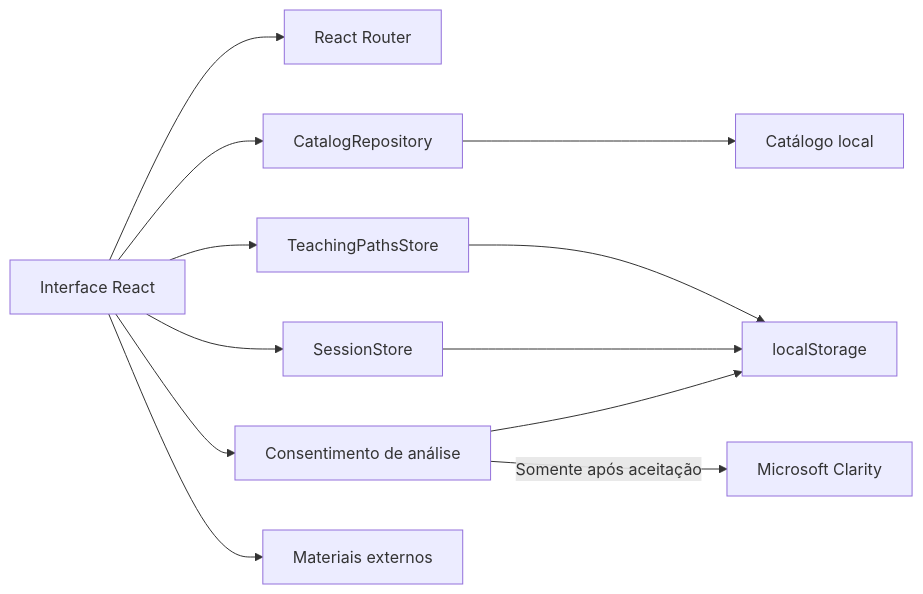
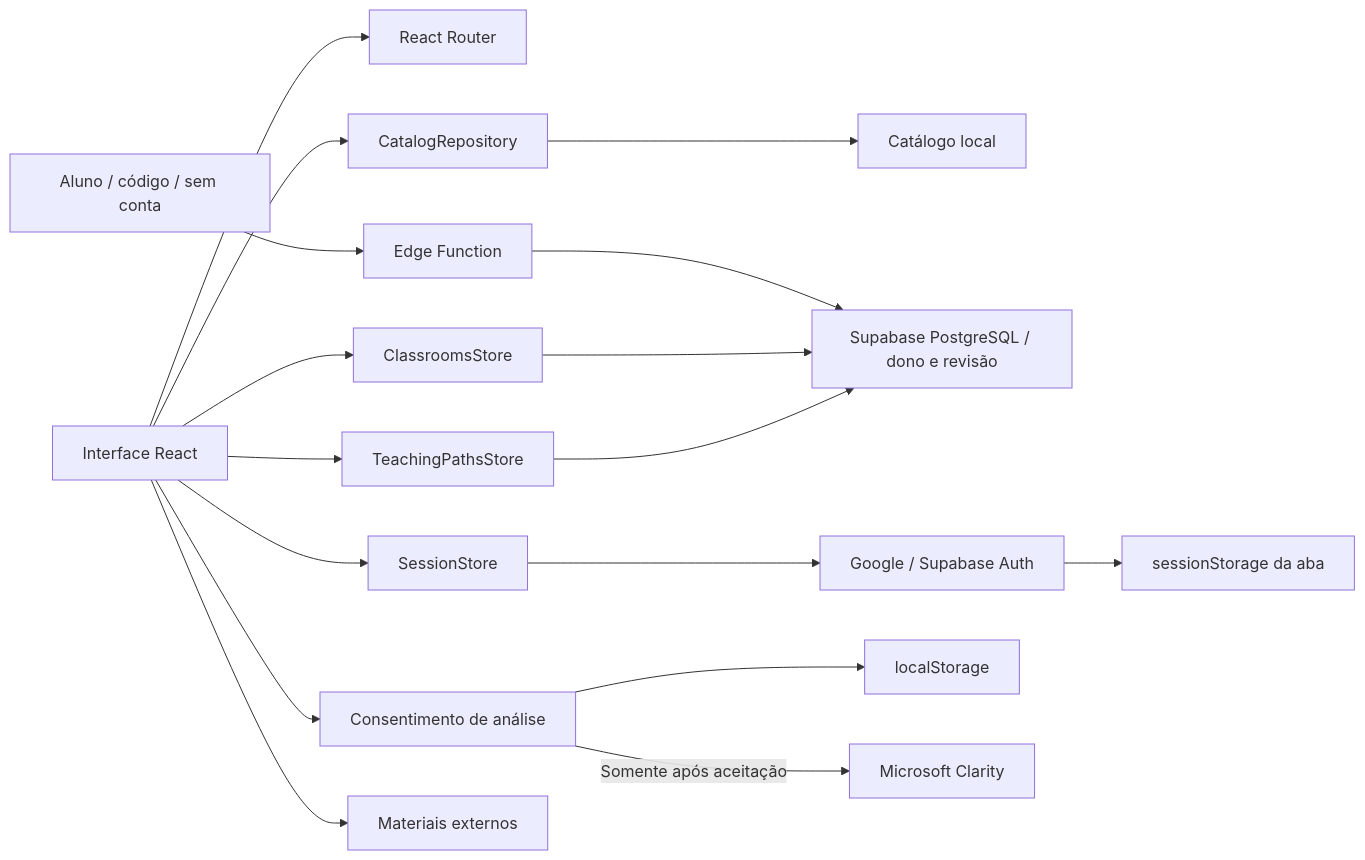
The first of 2 diagrams in docs/arquitetura.md (AKL77/explora-computacao), drawn with Mermaid before and after one commit. The commit also changed other lines of this file and 74 other files, not shown here.

````diff
--- a/docs/arquitetura.md
+++ b/docs/arquitetura.md
@@ -9,14 +10,19 @@
 ```mermaid
 flowchart LR
   UI["Interface React"] --> ROUTER["React Router"]
   UI --> CATALOG["CatalogRepository"]
   CATALOG --> FIXTURE["Catálogo local"]
   UI --> PATHS["TeachingPathsStore"]
   UI --> SESSION["SessionStore"]
-  PATHS --> LS["localStorage"]
-  SESSION --> LS
+  UI --> CLASSES["ClassroomsStore"]
+  PATHS --> DB["Supabase PostgreSQL / dono e revisão"]
+  SESSION --> AUTH["Google / Supabase Auth"]
+  AUTH --> SS["sessionStorage da aba"]
+  CLASSES --> DB
+  STUDENT["Aluno / código / sem conta"] --> EDGE["Edge Function"]
+  EDGE --> DB
   UI --> CONSENT["Consentimento de análise"]
-  CONSENT --> LS
+  CONSENT --> LS["localStorage"]
   CONSENT -->|"Somente após aceitação"| CLARITY["Microsoft Clarity"]
   UI --> EXT["Materiais externos"]
 ```
````
